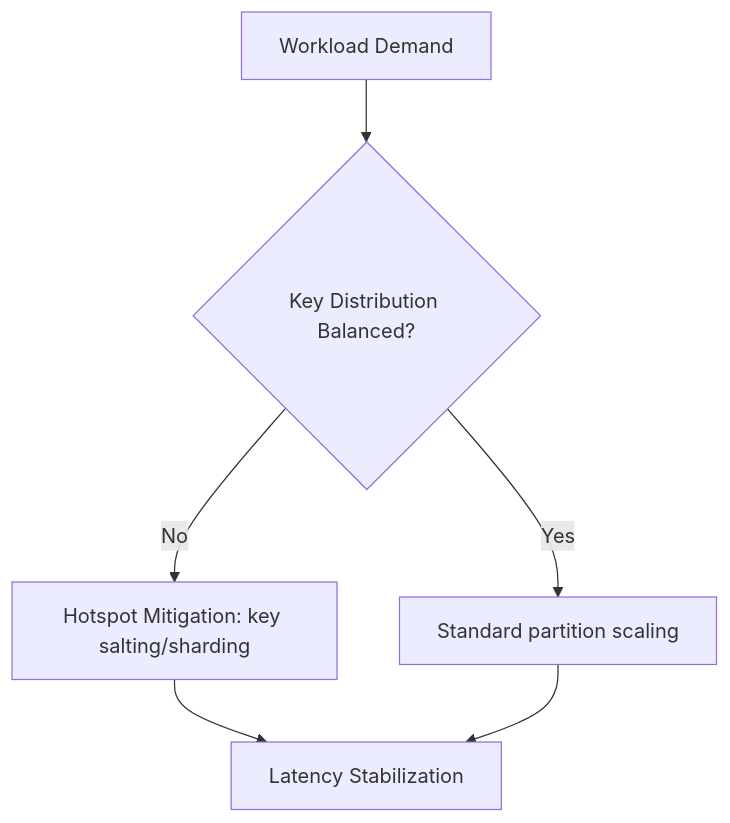
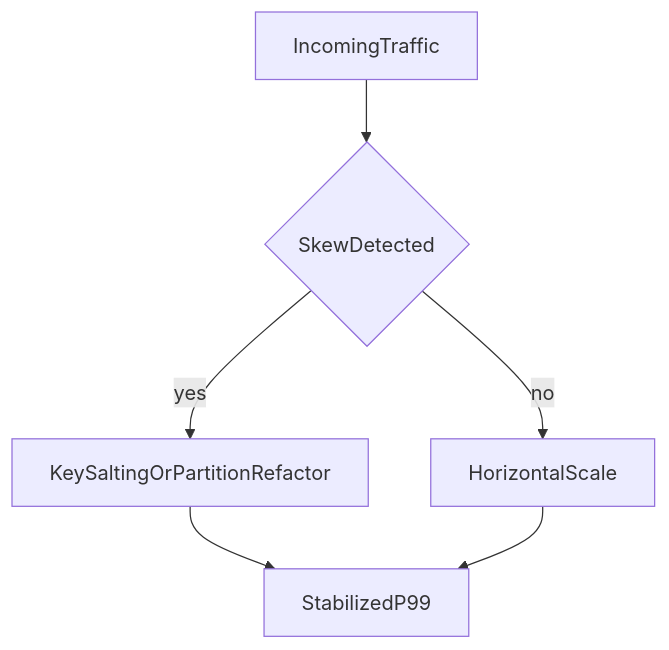
One commit to GabrielAlmeidaFlores/Senior-Software-Architect changed the second of 2 diagrams in database/database-masterclass/03-nosql-paradigms/04-key-value-architecture-and-design-decisions.md. Above: the diagram before and after it, drawn with Mermaid. The commit also changed other lines of this file and 19 other files, not shown here.

````diff
--- a/database/database-masterclass/03-nosql-paradigms/04-key-value-architecture-and-design-decisions.md
+++ b/database/database-masterclass/03-nosql-paradigms/04-key-value-architecture-and-design-decisions.md
@@ -99,8 +93,8 @@
 ```mermaid
 flowchart TD
-    A[Workload Demand] --> B{Key Distribution Balanced?}
-    B -- No --> C[Hotspot Mitigation: key salting/sharding]
-    B -- Yes --> D[Standard partition scaling]
-    C --> E[Latency Stabilization]
-    D --> E
+    traffic[IncomingTraffic] --> keySkew{SkewDetected}
+    keySkew -- yes --> mitigation[KeySaltingOrPartitionRefactor]
+    keySkew -- no --> normalScale[HorizontalScale]
+    mitigation --> stable[StabilizedP99]
+    normalScale --> stable
 ```
````
